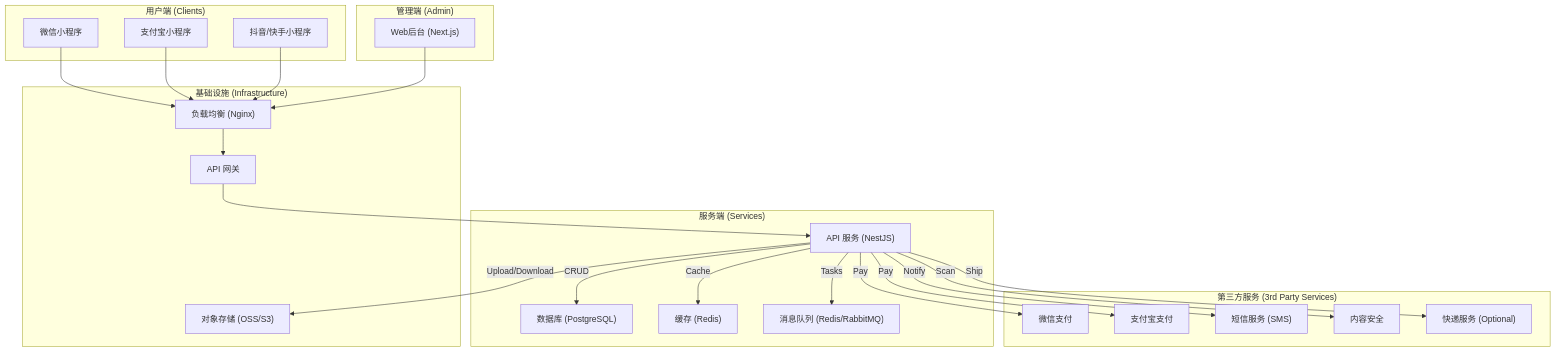
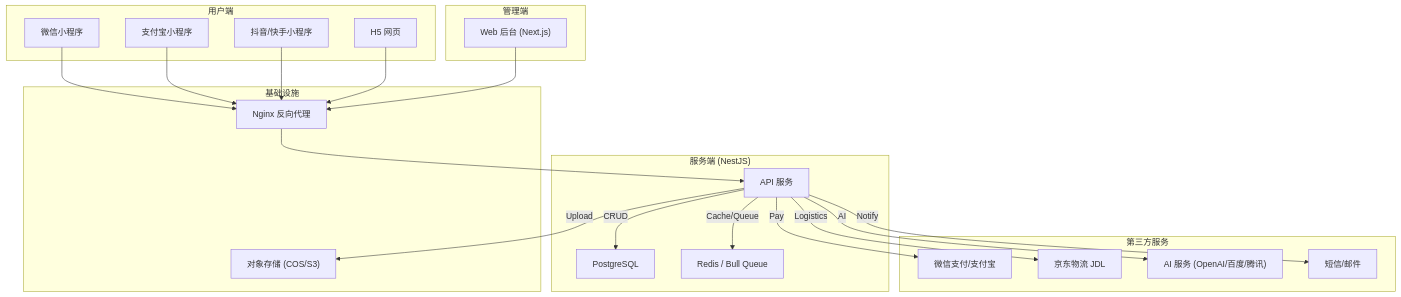
Before and after one commit to xuanyiying/one-recycle: the first of 3 diagrams in docs/architecture.md, drawn with Mermaid. The commit also changed other lines of this file and 20 other files, not shown here.

````diff
--- a/docs/architecture.md
+++ b/docs/architecture.md
@@ -9,47 +9,43 @@
 ```mermaid
 graph TD
-    subgraph "用户端 (Clients)"
+    subgraph "用户端"
         A["微信小程序"]
         B["支付宝小程序"]
         C["抖音/快手小程序"]
+        D["H5 网页"]
     end
 
-    subgraph "管理端 (Admin)"
-        D["Web后台 (Next.js)"]
+    subgraph "管理端"
+        E["Web 后台 (Next.js)"]
     end
 
-    subgraph "基础设施 (Infrastructure)"
-        E["负载均衡 (Nginx)"]
-        F["API 网关"]
-        G["对象存储 (OSS/S3)"]
+    subgraph "基础设施"
+        F["Nginx 反向代理"]
+        G["对象存储 (COS/S3)"]
     end
 
-    subgraph "服务端 (Services)"
-        H["API 服务 (NestJS)"]
-        I["数据库 (PostgreSQL)"]
-        J["缓存 (Redis)"]
-        K["消息队列 (Redis/RabbitMQ)"]
+    subgraph "服务端 (NestJS)"
+        H["API 服务"]
+        I["PostgreSQL"]
+        J["Redis / Bull Queue"]
     end
 
-    subgraph "第三方服务 (3rd Party Services)"
-        L["微信支付"]
-        M["支付宝支付"]
-        N["短信服务 (SMS)"]
-        O["内容安全"]
-        P["快递服务 (Optional)"]
+    subgraph "第三方服务"
+        K["微信支付/支付宝"]
+        L["京东物流 JDL"]
+        M["AI 服务 (OpenAI/百度/腾讯)"]
+        N["短信/邮件"]
     end
 
-    A & B & C --> E
-    D --> E
+    A & B & C & D --> F
     E --> F
     F --> H
 
     H -- CRUD --> I
-    H -- Cache --> J
-    H -- Tasks --> K
-    H -- Upload/Download --> G
-    H -- Pay --> L & M
+    H -- Cache/Queue --> J
+    H -- Upload --> G
+    H -- Pay --> K
+    H -- Logistics --> L
+    H -- AI --> M
     H -- Notify --> N
-    H -- Scan --> O
-    H -- Ship --> P
 ```
````
